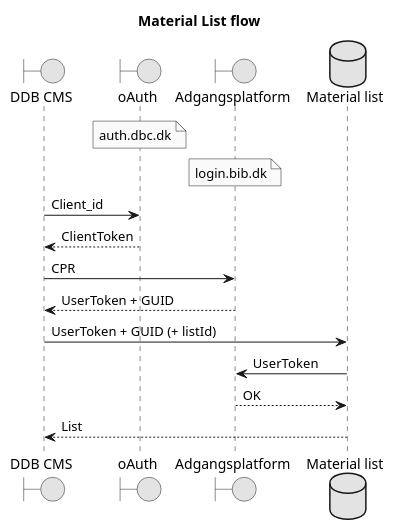
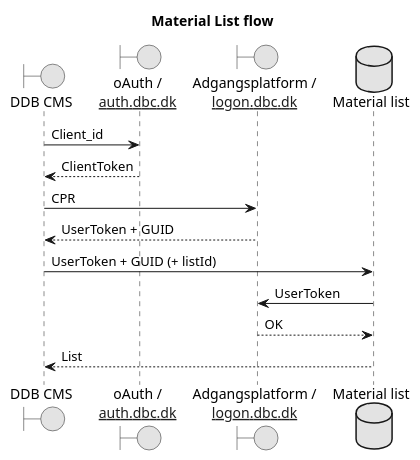
One commit to danskernesdigitalebibliotek/plantuml changed the diagram in docs/listServices/materialListFlow.puml. Above: the diagram before and after it, drawn with PlantUML.

Commit message:
Addning links for SVG

```diff
--- a/docs/listServices/materialListFlow.puml
+++ b/docs/listServices/materialListFlow.puml
@@ -1,27 +1,27 @@
 @startuml						
 title   Material List flow
 						
 ' Skinparams '						
 skinparam monochrome true						
 'skinparam handwritten true						
 
 boundary "DDB CMS"
-boundary "oAuth"
-boundary "Adgangsplatform"
+boundary "oAuth /\n[[https://auth.dbc.dk auth.dbc.dk]]" as oAuth
+boundary "Adgangsplatform /\n[[https://logon.dbc.dk logon.dbc.dk]]" as Adgangsplatform
 database "Material list"
 
-note over oAuth : auth.dbc.dk
-note over Adgangsplatform : login.bib.dk
+'note over oAuth : auth.dbc.dk
+'note over Adgangsplatform : login.bib.dk
 
 "DDB CMS" -> "oAuth" : Client_id
 "oAuth" --> "DDB CMS" : ClientToken
 
 "DDB CMS" -> "Adgangsplatform" : CPR
 "Adgangsplatform" --> "DDB CMS": UserToken + GUID
 
 "DDB CMS" -> "Material list" : UserToken + GUID (+ listId)
 "Material list" -> "Adgangsplatform" : UserToken
 "Adgangsplatform" --> "Material list" : OK 
 "Material list" --> "DDB CMS" : List
 
 @enduml
```
